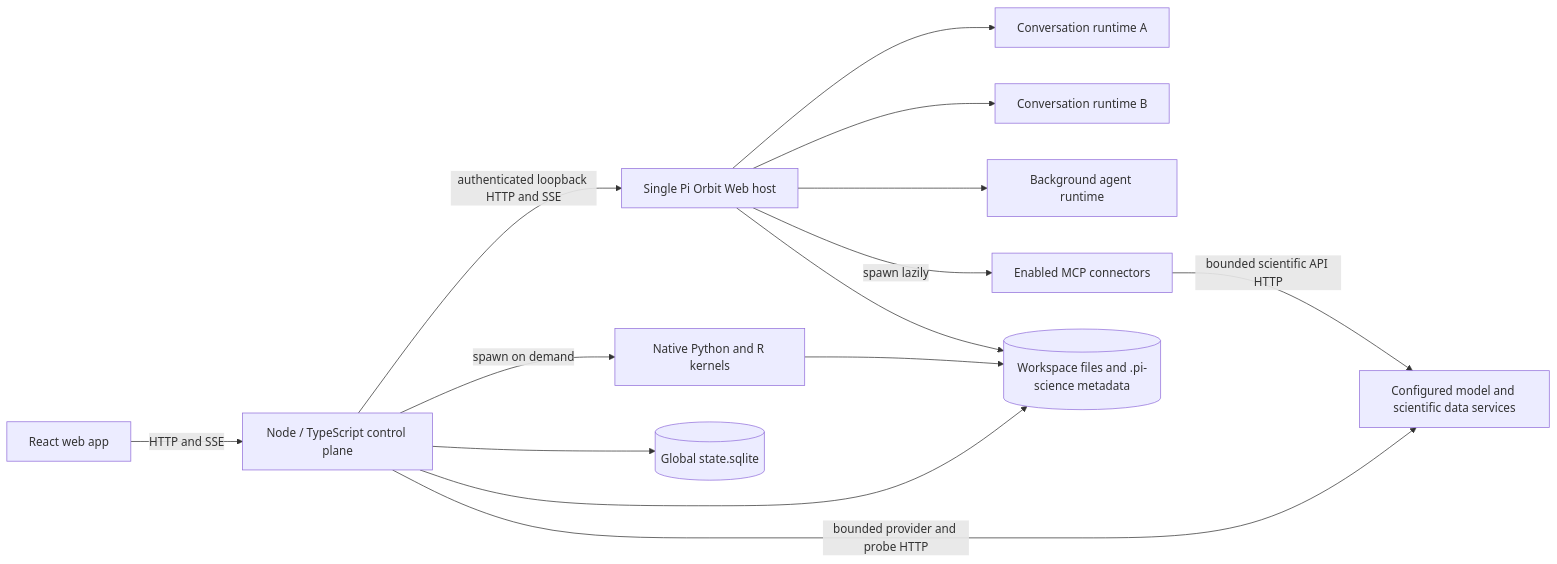
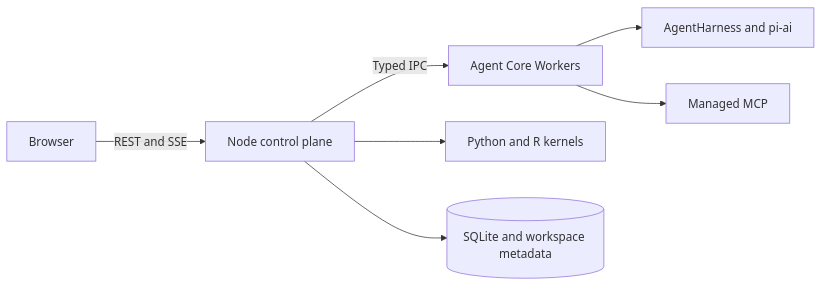
One commit to Garhorne0813/pi-science changed the first of 3 diagrams in docs/architecture.md. Above: the diagram before and after it, drawn with Mermaid. The commit also changed other lines of this file and 84 other files, not shown here.

Commit message:
Retire Pi Orbit and migrate legacy sessions to Agent Core

````diff
--- a/docs/architecture.md
+++ b/docs/architecture.md
@@ -11,16 +11,9 @@
 ```mermaid
 flowchart LR
-    UI[React web app] -->|HTTP and SSE| CP[Node / TypeScript control plane]
-    CP -->|authenticated loopback HTTP and SSE| PH[Single Pi Orbit Web host]
-    PH --> R1[Conversation runtime A]
-    PH --> R2[Conversation runtime B]
-    PH --> RN[Background agent runtime]
-    PH -->|spawn lazily| MCP[Enabled MCP connectors]
-    CP -->|spawn on demand| K[Native Python and R kernels]
-    CP --> DB[(Global state.sqlite)]
-    CP --> WS[(Workspace files and .pi-science metadata)]
-    CP -->|bounded provider and probe HTTP| EXT[Configured model and scientific data services]
-    MCP -->|bounded scientific API HTTP| EXT
-    PH --> WS
-    K --> WS
+    UI[Browser] -->|REST and SSE| CP[Node control plane]
+    CP -->|Typed IPC| W[Agent Core Workers]
+    W --> SDK[AgentHarness and pi-ai]
+    W --> MCP[Managed MCP]
+    CP --> K[Python and R kernels]
+    CP --> DB[(SQLite and workspace metadata)]
 ```
````
